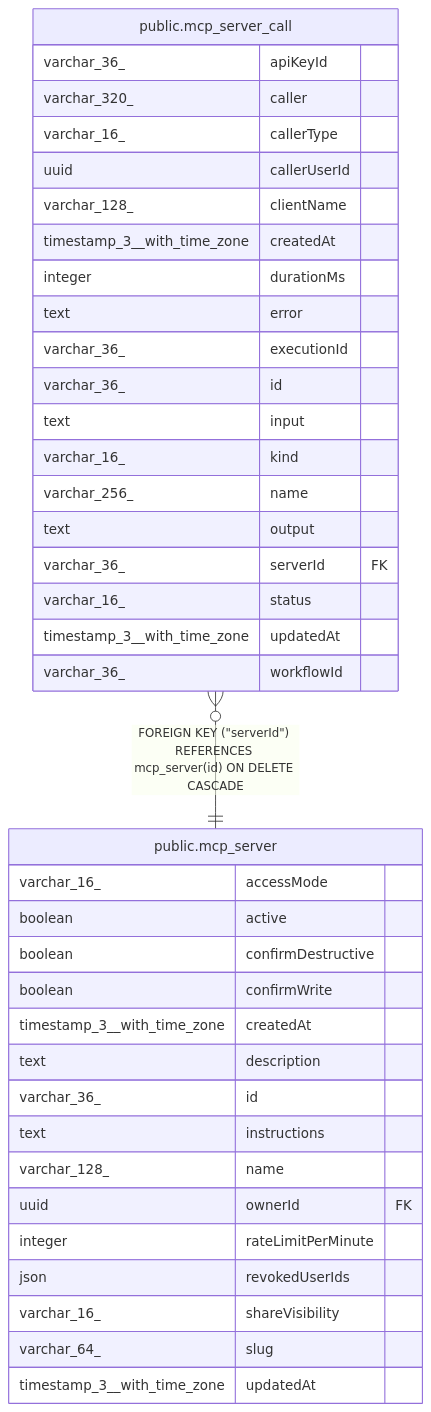
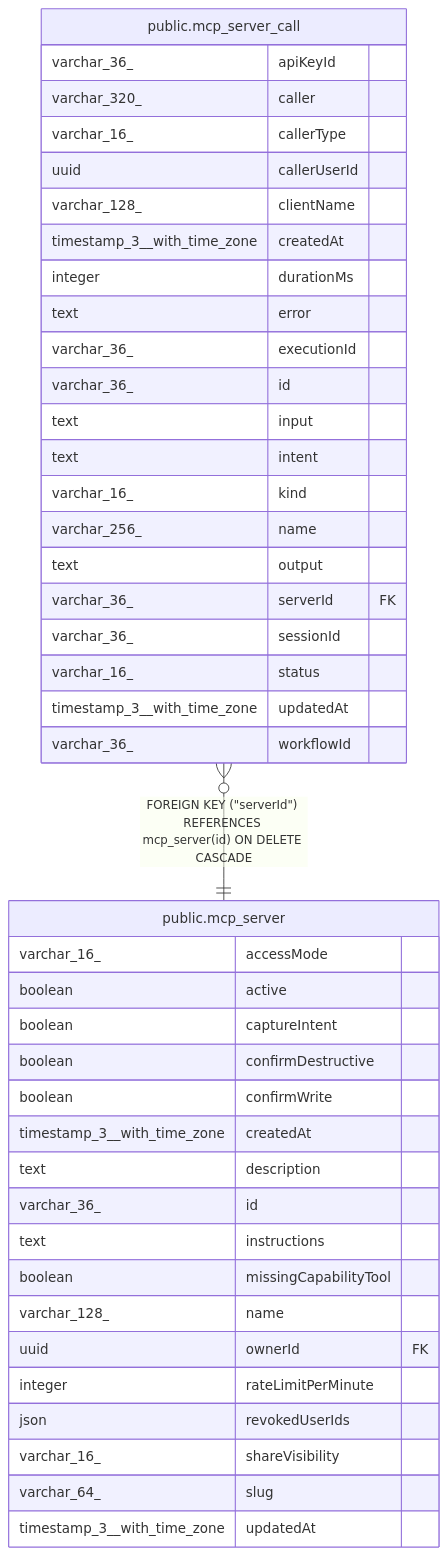
One commit to Kimou-VM/n8n changed the diagram in docs/generated/postgres-schema/public.mcp_server_call.md. Above: the diagram before and after it, drawn with Mermaid. The commit also changed other lines of this file and 27 other files, not shown here.

Commit message:
feat(core): Add call reason, missing tool requests and sessions to MCP servers (no-changelog)

````diff
--- a/docs/generated/postgres-schema/public.mcp_server_call.md
+++ b/docs/generated/postgres-schema/public.mcp_server_call.md
@@ -51,43 +53,47 @@
 ```mermaid
 erDiagram
 
 "public.mcp_server_call" }o--|| "public.mcp_server" : "FOREIGN KEY (#quot;serverId#quot;) REFERENCES mcp_server(id) ON DELETE CASCADE"
 
 "public.mcp_server_call" {
   varchar_36_ apiKeyId
   varchar_320_ caller
   varchar_16_ callerType
   uuid callerUserId
   varchar_128_ clientName
   timestamp_3__with_time_zone createdAt
   integer durationMs
   text error
   varchar_36_ executionId
   varchar_36_ id
   text input
+  text intent
   varchar_16_ kind
   varchar_256_ name
   text output
   varchar_36_ serverId FK
+  varchar_36_ sessionId
   varchar_16_ status
   timestamp_3__with_time_zone updatedAt
   varchar_36_ workflowId
 }
 "public.mcp_server" {
   varchar_16_ accessMode
   boolean active
+  boolean captureIntent
   boolean confirmDestructive
   boolean confirmWrite
   timestamp_3__with_time_zone createdAt
   text description
   varchar_36_ id
   text instructions
+  boolean missingCapabilityTool
   varchar_128_ name
   uuid ownerId FK
   integer rateLimitPerMinute
   json revokedUserIds
   varchar_16_ shareVisibility
   varchar_64_ slug
   timestamp_3__with_time_zone updatedAt
 }
 ```
````
